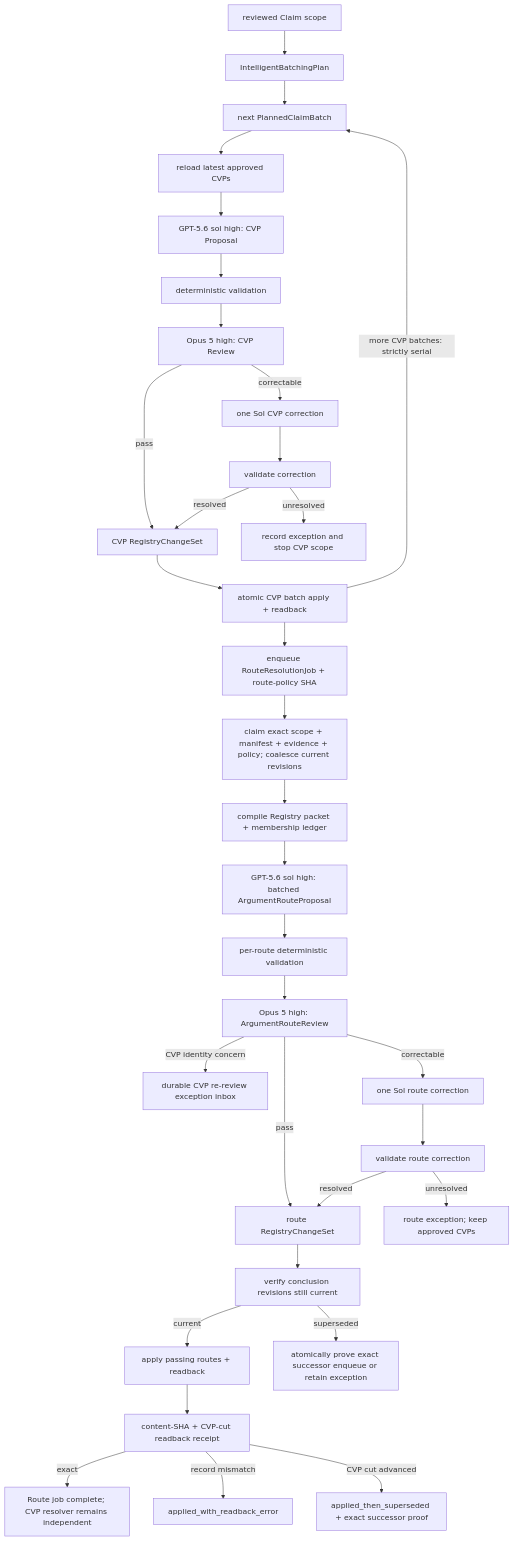
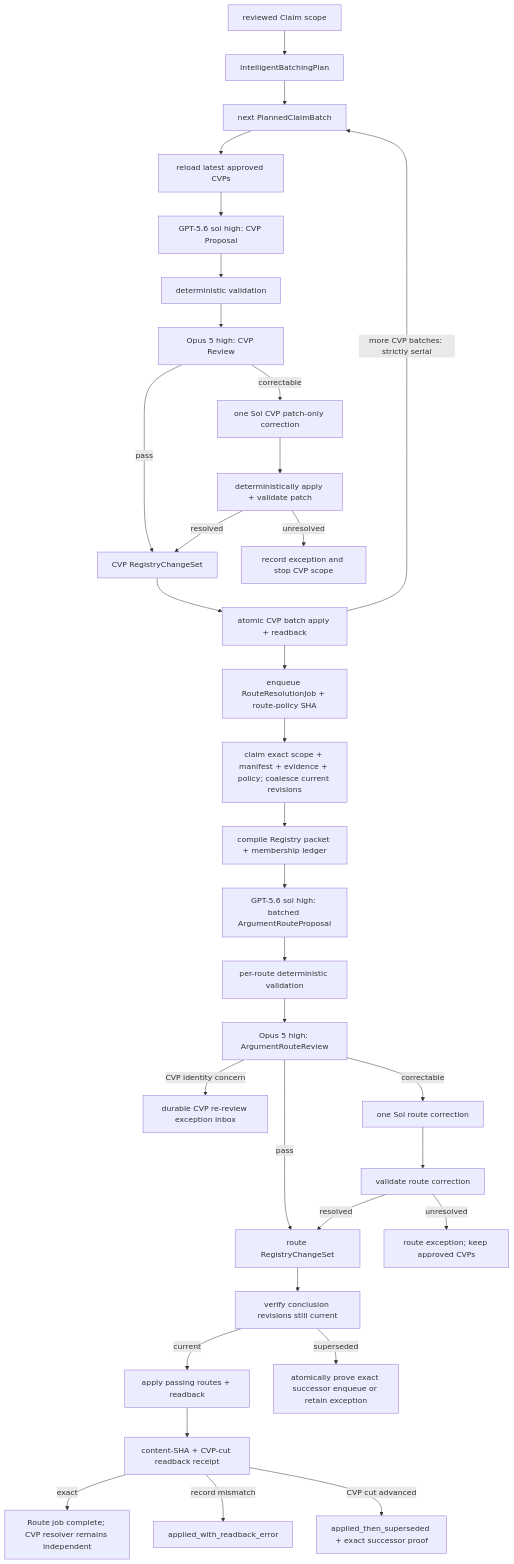
Before and after one commit to junyang168/smart-answer: the first of 7 diagrams in docs/wang-knowledge-platform/canonical_viewpoint_registry_design_v1.md, drawn with Mermaid. The commit also changed other lines of this file and 5 other files, not shown here.

Commit message:
fix(wang): make CVP correction patch-only

````diff
--- a/docs/wang-knowledge-platform/canonical_viewpoint_registry_design_v1.md
+++ b/docs/wang-knowledge-platform/canonical_viewpoint_registry_design_v1.md
@@ -81,35 +81,35 @@
 ```mermaid
 flowchart TD
     S["reviewed Claim scope"] --> B["IntelligentBatchingPlan"]
     B --> N["next PlannedClaimBatch"]
     N --> L["reload latest approved CVPs"]
     L --> P["GPT-5.6 sol high: CVP Proposal"]
     P --> D["deterministic validation"]
     D --> R["Opus 5 high: CVP Review"]
     R -->|"pass"| C["CVP RegistryChangeSet"]
-    R -->|"correctable"| O["one Sol CVP correction"]
-    O --> V["validate correction"]
+    R -->|"correctable"| O["one Sol CVP patch-only correction"]
+    O --> V["deterministically apply + validate patch"]
     V -->|"resolved"| C
     V -->|"unresolved"| X["record exception and stop CVP scope"]
     C --> A["atomic CVP batch apply + readback"]
     A -->|"more CVP batches: strictly serial"| N
     A --> Q["enqueue RouteResolutionJob + route-policy SHA"]
     Q --> E["claim exact scope + manifest + evidence + policy; coalesce current revisions"]
     E --> CE["compile Registry packet + membership ledger"]
     CE --> RP["GPT-5.6 sol high: batched ArgumentRouteProposal"]
     RP --> RD["per-route deterministic validation"]
     RD --> RR["Opus 5 high: ArgumentRouteReview"]
     RR -->|"CVP identity concern"| CX["durable CVP re-review exception inbox"]
     RR -->|"pass"| RC["route RegistryChangeSet"]
     RR -->|"correctable"| RO["one Sol route correction"]
     RO --> RV["validate route correction"]
     RV -->|"resolved"| RC
     RV -->|"unresolved"| RX["route exception; keep approved CVPs"]
     RC --> CC["verify conclusion revisions still current"]
     CC -->|"current"| RA["apply passing routes + readback"]
     CC -->|"superseded"| SQ["atomically prove exact successor enqueue or retain exception"]
     RA --> RB["content-SHA + CVP-cut readback receipt"]
     RB -->|"exact"| Z["Route job complete; CVP resolver remains independent"]
     RB -->|"record mismatch"| RE["applied_with_readback_error"]
     RB -->|"CVP cut advanced"| AS["applied_then_superseded + exact successor proof"]
 ```
````
